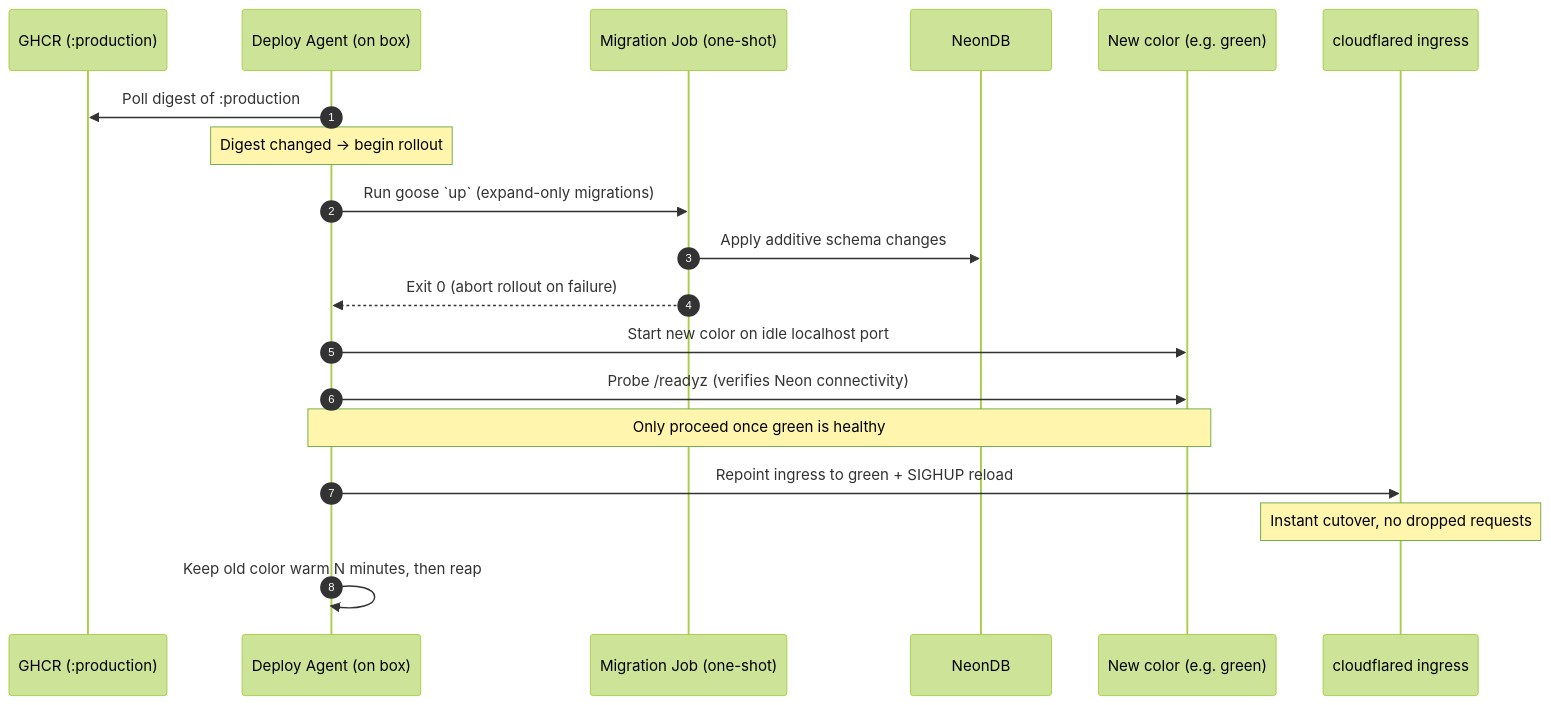
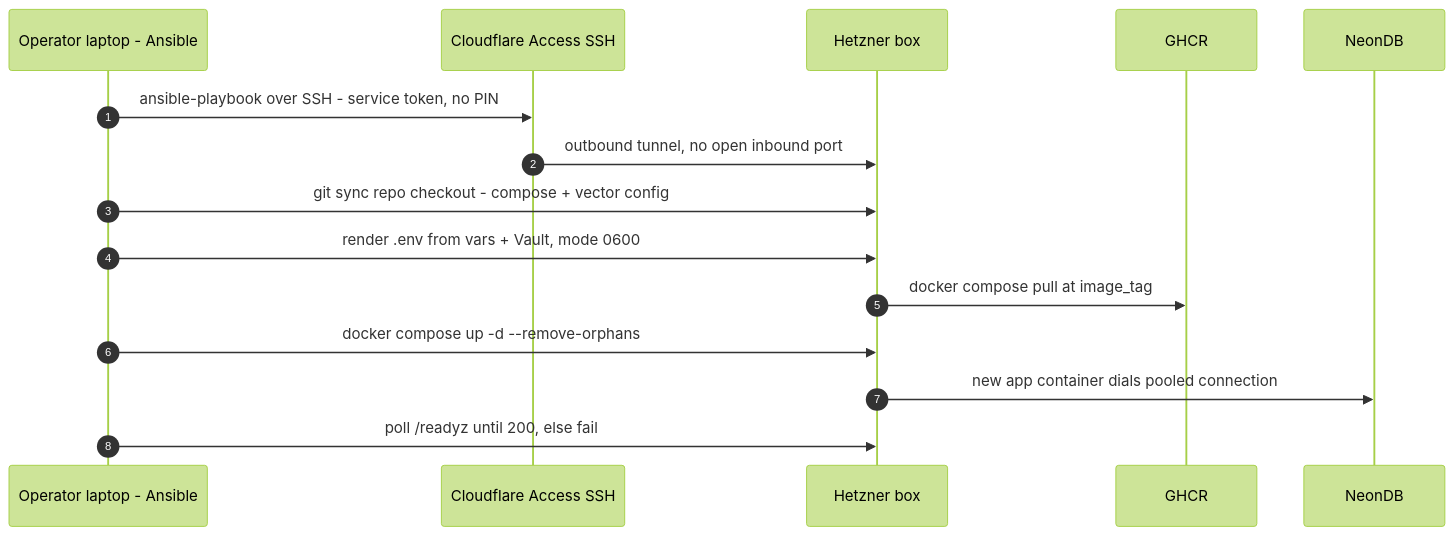
The eighth of 10 diagrams in docs/architecture.md (ducktivity/drinkwater), drawn with Mermaid (forest theme) before and after one commit. The commit also changed other lines of this file, not shown here.

Commit message:
docs: reflect Ansible and in-playbook goose migrations

````diff
--- a/docs/architecture.md
+++ b/docs/architecture.md
@@ -232,22 +233,18 @@
 ```mermaid
 sequenceDiagram
     autonumber
-    participant Reg as GHCR (:production)
-    participant Agent as Deploy Agent (on box)
-    participant Mig as Migration Job (one-shot)
+    participant Laptop as Operator laptop - Ansible
+    participant CF as Cloudflare Access SSH
+    participant Srv as Hetzner box
+    participant Reg as GHCR
     participant Neon as NeonDB
-    participant Green as New color (e.g. green)
-    participant CFd as cloudflared ingress
 
-    Agent->>Reg: Poll digest of :production
-    Note over Agent: Digest changed -> begin rollout
-    Agent->>Mig: Run goose `up` (expand-only migrations)
-    Mig->>Neon: Apply additive schema changes
-    Mig-->>Agent: Exit 0 (abort rollout on failure)
-    Agent->>Green: Start new color on idle localhost port
-    Agent->>Green: Probe /readyz (verifies Neon connectivity)
-    Note over Agent,Green: Only proceed once green is healthy
-    Agent->>CFd: Repoint ingress to green + SIGHUP reload
-    Note over CFd: Instant cutover, no dropped requests
-    Agent->>Agent: Keep old color warm N minutes, then reap
+    Laptop->>CF: ansible-playbook over SSH - service token, no PIN
+    CF->>Srv: outbound tunnel, no open inbound port
+    Laptop->>Srv: git sync repo checkout - compose + vector config
+    Laptop->>Srv: render .env from vars + Vault, mode 0600
+    Srv->>Reg: docker compose pull at image_tag
+    Laptop->>Srv: docker compose up -d --remove-orphans
+    Srv->>Neon: new app container dials pooled connection
+    Laptop->>Srv: poll /readyz until 200, else fail
 ```
````
